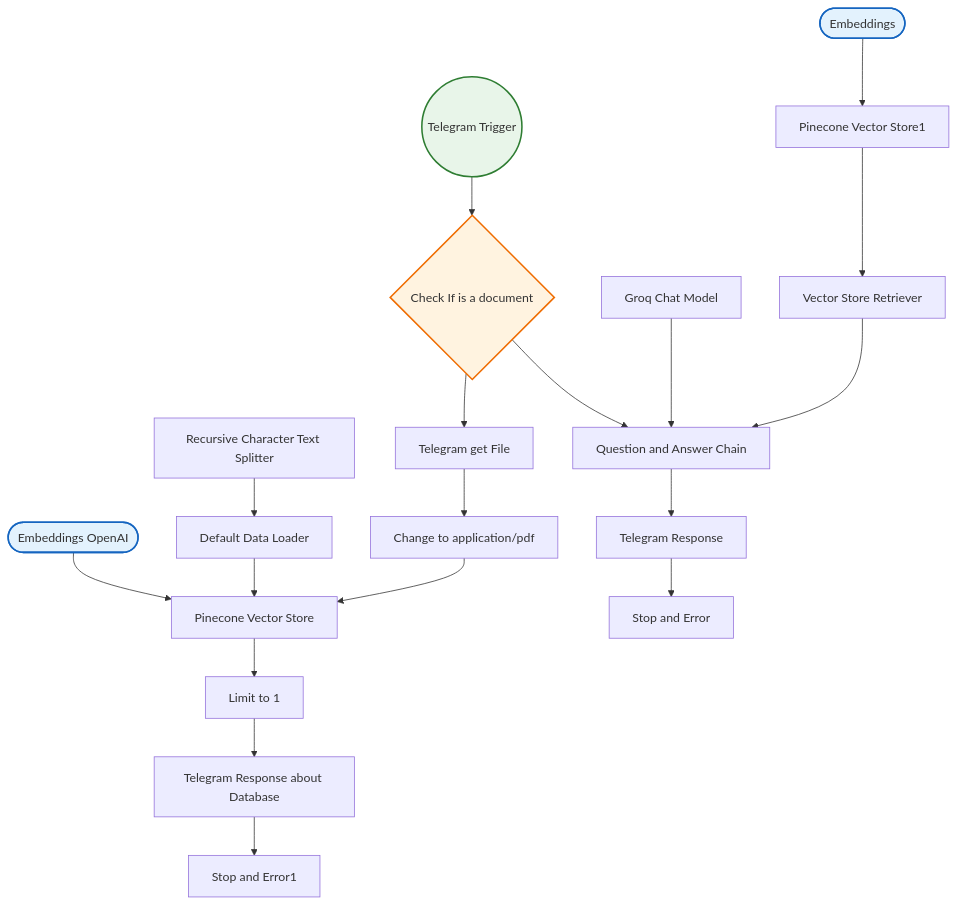
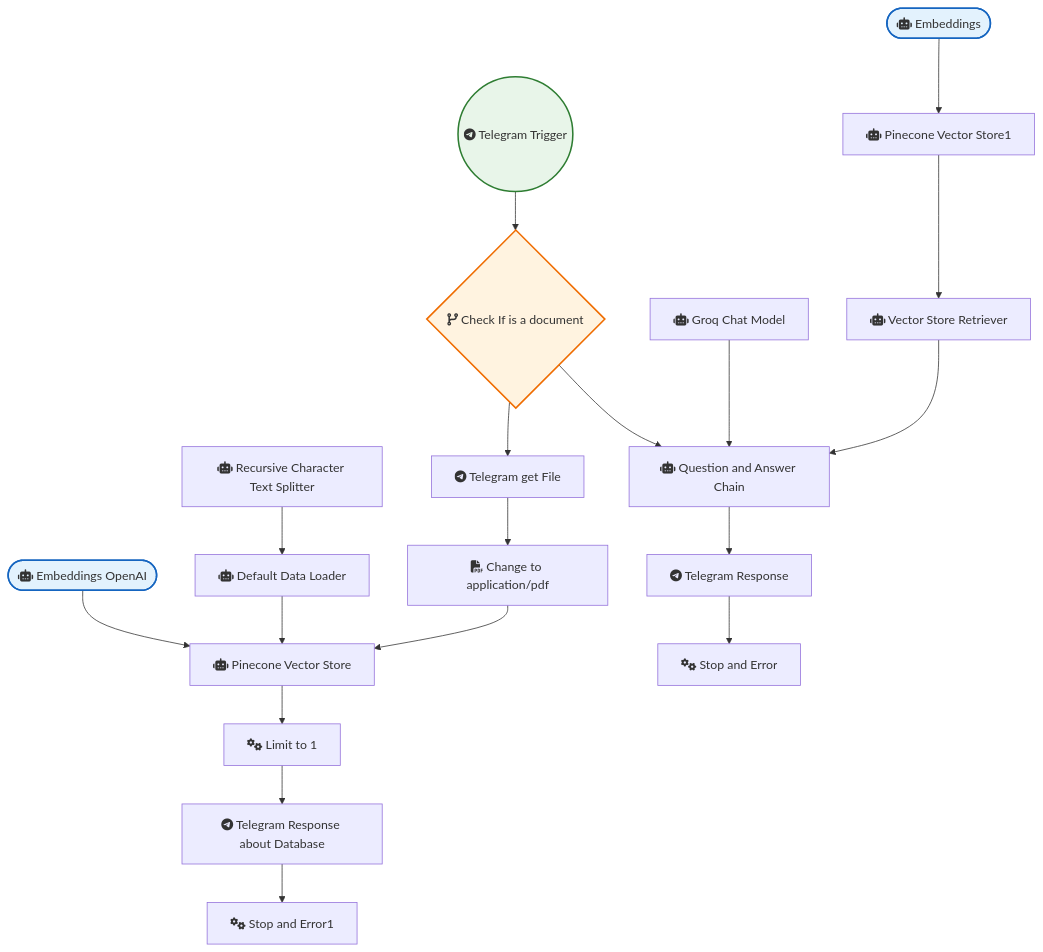
One commit to sreyash3105/N8N-DEMO-AUTOMATIONS changed the diagram in Telegram/Telegram Rag Pdf.md. Above: the diagram before and after it, drawn with Mermaid. The commit also changed 291 other files, not shown here.

````diff
--- a/Telegram/Telegram Rag Pdf.md
+++ b/Telegram/Telegram Rag Pdf.md
@@ -1,43 +1,43 @@
 ```mermaid
 graph TD
     classDef trigger fill:#e8f5e9,stroke:#2e7d32,stroke-width:2px;
     classDef ai fill:#e3f2fd,stroke:#1565c0,stroke-width:2px;
     classDef logic fill:#fff3e0,stroke:#ef6c00,stroke-width:2px;
 
-    Telegram_Trigger(("Telegram Trigger")):::trigger
-    Embeddings_OpenAI(["Embeddings OpenAI"]):::ai
-    Default_Data_Loader["Default Data Loader"]
-    Recursive_Character_Text_Splitter["Recursive Character Text Splitter"]
-    Stop_and_Error["Stop and Error"]
-    Question_and_Answer_Chain["Question and Answer Chain"]
-    Vector_Store_Retriever["Vector Store Retriever"]
-    Pinecone_Vector_Store1["Pinecone Vector Store1"]
-    Groq_Chat_Model["Groq Chat Model"]
-    Check_If_is_a_document{"Check If is a document"}:::logic
-    Change_to_application_pdf["Change to application/pdf"]
-    Telegram_get_File["Telegram get File"]
-    Embeddings(["Embeddings"]):::ai
-    Telegram_Response["Telegram Response"]
-    Telegram_Response_about_Database["Telegram Response about Database"]
-    Stop_and_Error1["Stop and Error1"]
-    Pinecone_Vector_Store["Pinecone Vector Store"]
-    Limit_to_1["Limit to 1"]
+    Telegram_Trigger(("fab:fa-telegram Telegram Trigger")):::trigger
+    Embeddings_OpenAI(["fas:fa-robot Embeddings OpenAI"]):::ai
+    Default_Data_Loader["fas:fa-robot Default Data Loader"]
+    Recursive_Character_Text_Splitter["fas:fa-robot Recursive Character Text Splitter"]
+    Stop_and_Error["fas:fa-cogs Stop and Error"]
+    Question_and_Answer_Chain["fas:fa-robot Question and Answer Chain"]
+    Vector_Store_Retriever["fas:fa-robot Vector Store Retriever"]
+    Pinecone_Vector_Store1["fas:fa-robot Pinecone Vector Store1"]
+    Groq_Chat_Model["fas:fa-robot Groq Chat Model"]
+    Check_If_is_a_document{"fas:fa-code-branch Check If is a document"}:::logic
+    Change_to_application_pdf["fas:fa-file-pdf Change to application/pdf"]
+    Telegram_get_File["fab:fa-telegram Telegram get File"]
+    Embeddings(["fas:fa-robot Embeddings"]):::ai
+    Telegram_Response["fab:fa-telegram Telegram Response"]
+    Telegram_Response_about_Database["fab:fa-telegram Telegram Response about Database"]
+    Stop_and_Error1["fas:fa-cogs Stop and Error1"]
+    Pinecone_Vector_Store["fas:fa-robot Pinecone Vector Store"]
+    Limit_to_1["fas:fa-cogs Limit to 1"]
 
     Embeddings --> Pinecone_Vector_Store1
     Limit_to_1 --> Telegram_Response_about_Database
     Groq_Chat_Model --> Question_and_Answer_Chain
     Telegram_Trigger --> Check_If_is_a_document
     Embeddings_OpenAI --> Pinecone_Vector_Store
     Telegram_Response --> Stop_and_Error
     Telegram_get_File --> Change_to_application_pdf
     Default_Data_Loader --> Pinecone_Vector_Store
     Pinecone_Vector_Store --> Limit_to_1
     Check_If_is_a_document --> Telegram_get_File
     Check_If_is_a_document --> Question_and_Answer_Chain
     Pinecone_Vector_Store1 --> Vector_Store_Retriever
     Vector_Store_Retriever --> Question_and_Answer_Chain
     Change_to_application_pdf --> Pinecone_Vector_Store
     Question_and_Answer_Chain --> Telegram_Response
     Telegram_Response_about_Database --> Stop_and_Error1
     Recursive_Character_Text_Splitter --> Default_Data_Loader
 ```
````
